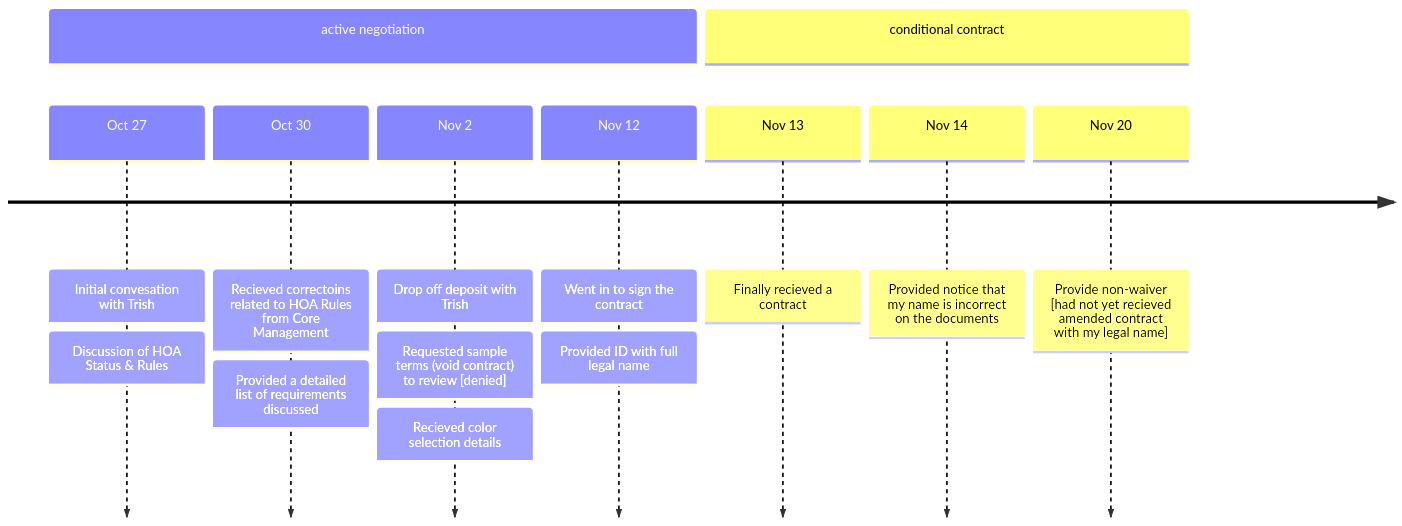
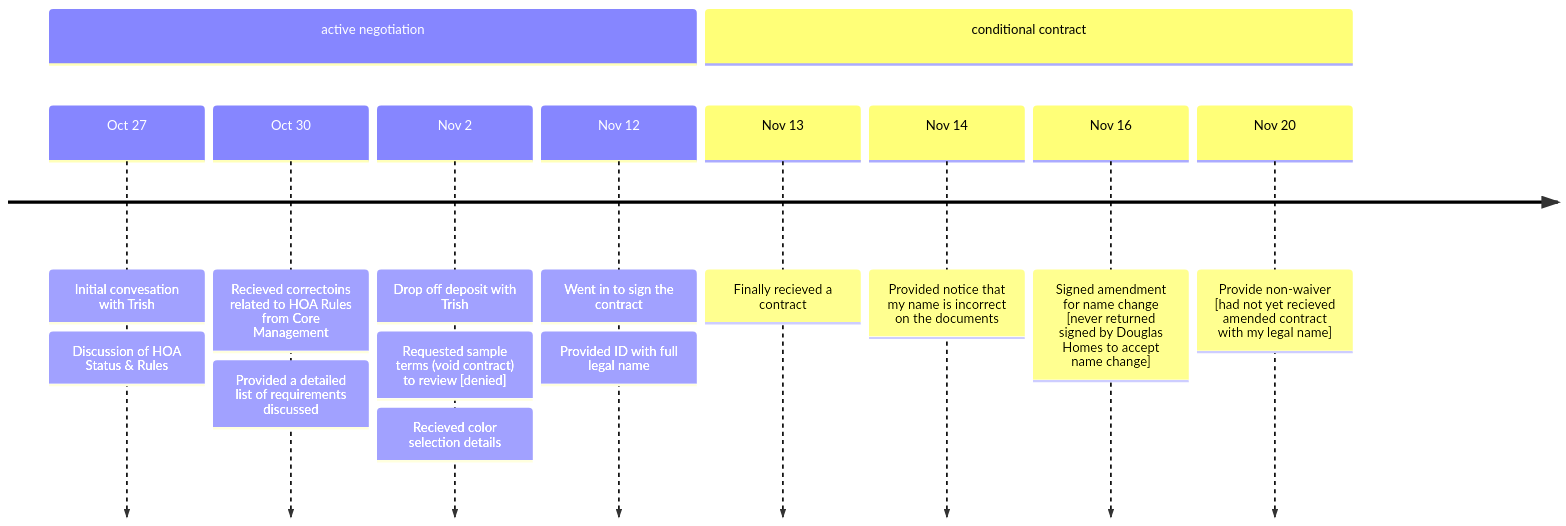
The diagram in _uploads/timeline.mermaid (sparksis/lanark.house), drawn with Mermaid before and after one commit.

Commit message:
add amendment signing date

```diff
--- a/_uploads/timeline.mermaid
+++ b/_uploads/timeline.mermaid
@@ -1,15 +1,16 @@
 timeline
     section active negotiation
         Oct 27  : Initial convesation with Trish
                 : Discussion of HOA Status & Rules
         Oct 30  : Recieved correctoins related to HOA Rules from Core Management
                 : Provided a detailed list of requirements discussed
         Nov 2   : Drop off deposit with Trish
                 : Requested sample terms (void contract) to review [denied]
                 : Recieved color selection details
         Nov 12  : Went in to sign the contract
                 : Provided ID with full legal name
     section conditional contract
         Nov 13  : Finally recieved a contract
         Nov 14  : Provided notice that my name is incorrect on the documents
+        Nov 16  : Signed amendment for name change [never returned signed by Douglas Homes to accept name change]
         Nov 20  : Provide non-waiver [had not yet recieved amended contract with my legal name]
```
